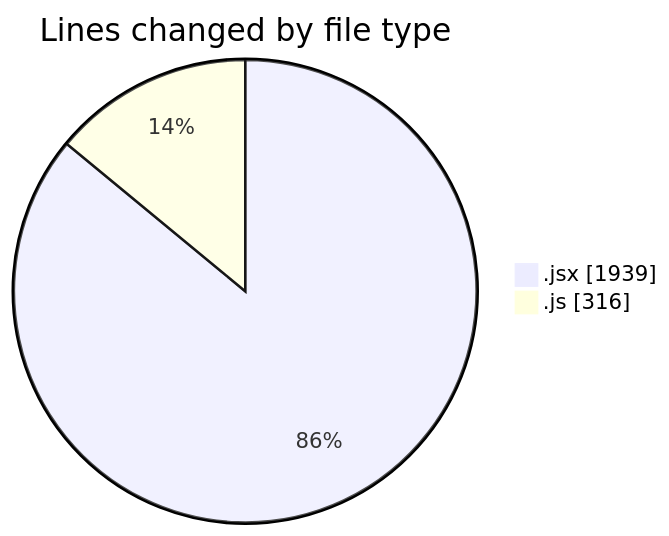
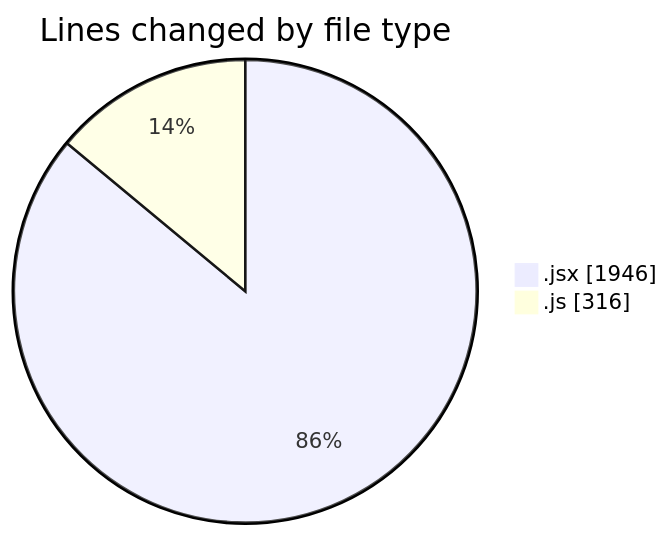
Before and after one commit to nxtqubesakshisongat/code-tracking: the first of 2 diagrams in 2025-07-13/argos/README.md, drawn with Mermaid. The commit also changed other lines of this file and 1 other file, not shown here.

````diff
--- a/2025-07-13/argos/README.md
+++ b/2025-07-13/argos/README.md
@@ -21,6 +21,6 @@
 ```mermaid
 pie showData
 title Lines changed by file type
-".jsx" : 1939
+".jsx" : 1946
 ".js" : 316
 ```
````
